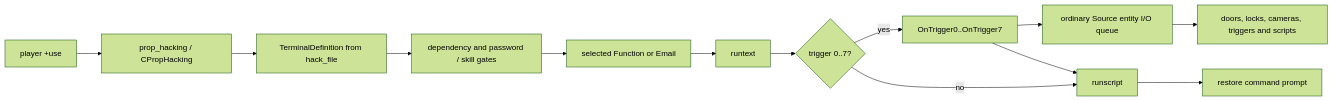
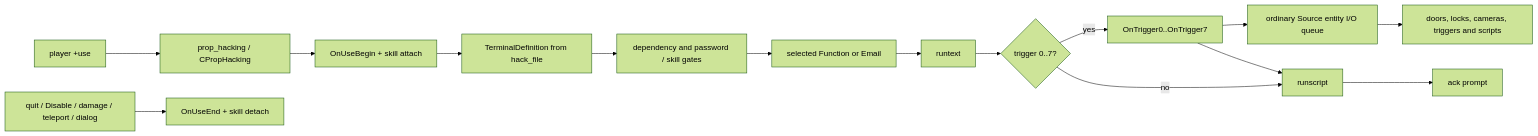
Before and after one commit to jlagedo/elysium-unreal: the first of 2 diagrams in docs/vtmb/computer-terminals.md, drawn with Mermaid (forest theme). The commit also changed other lines of this file and 144 other files, not shown here.

````diff
--- a/docs/vtmb/computer-terminals.md
+++ b/docs/vtmb/computer-terminals.md
@@ -35,15 +35,17 @@
 ```mermaid
 flowchart LR
     U["player +use"] --> P["prop_hacking / CPropHacking"]
-    P --> T["TerminalDefinition from hack_file"]
+    P --> B["OnUseBegin + skill attach"]
+    B --> T["TerminalDefinition from hack_file"]
     T --> D["dependency and password / skill gates"]
     D --> F["selected Function or Email"]
     F --> R["runtext"]
     R --> N{"trigger 0..7?"}
     N -->|yes| O["OnTrigger0..OnTrigger7"]
     N -->|no| S["runscript"]
     O --> Q["ordinary Source entity I/O queue"]
     Q --> W["doors, locks, cameras, triggers and scripts"]
     O --> S
-    S --> C["restore command prompt"]
+    S --> C["ack prompt"]
+    X["quit / Disable / damage / teleport / dialog"] --> E["OnUseEnd + skill detach"]
 ```
````
